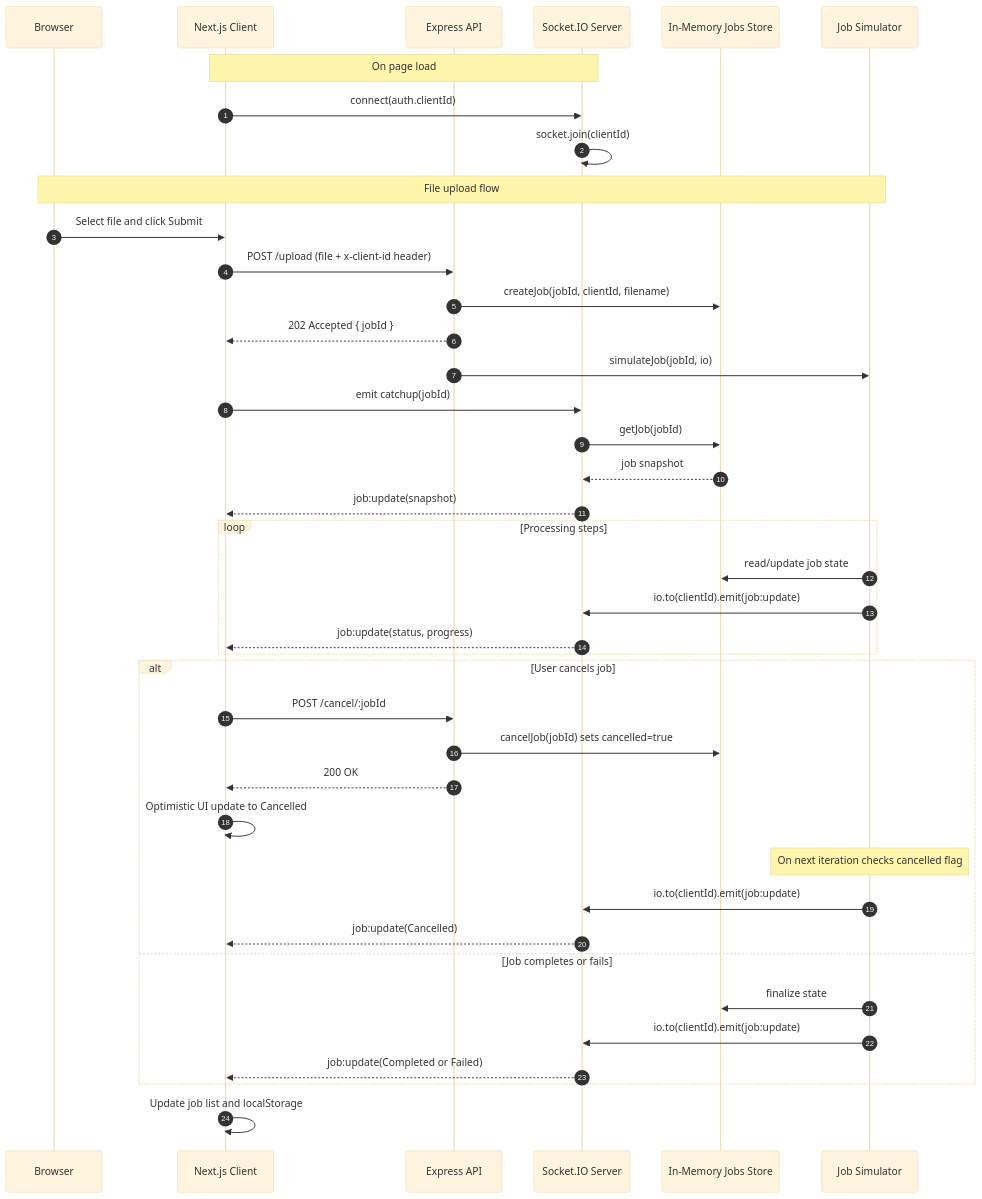
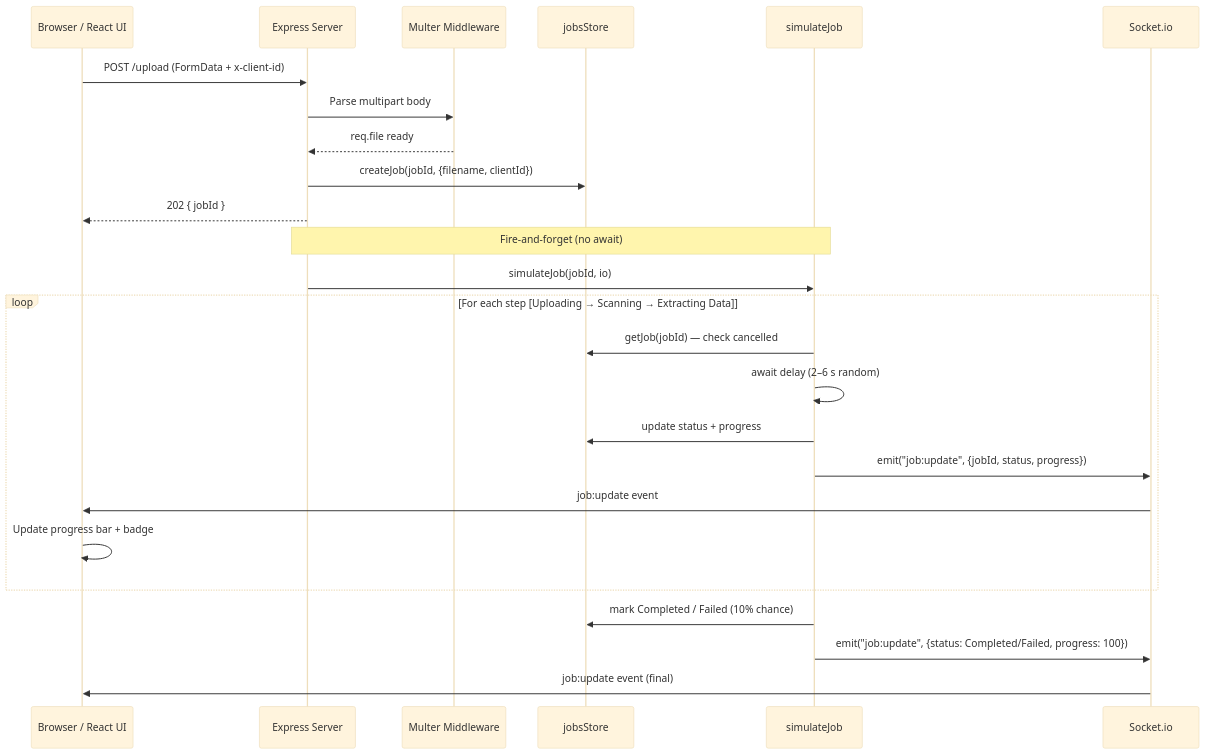
One commit to naman254/ai-bot-test changed the second of 3 diagrams in README.md. Above: the diagram before and after it, drawn with Mermaid (base theme). The commit also changed other lines of this file, not shown here.

````diff
--- a/README.md
+++ b/README.md
@@ -1,47 +62,31 @@
 ```mermaid
 sequenceDiagram
-  autonumber
-  participant B as Browser
-  participant C as Next.js Client
-  participant H as Express API
-  participant S as Socket.IO Server
-  participant M as In-Memory Jobs Store
-  participant J as Job Simulator
+    participant U as Browser / React UI
+    participant S as Express Server
+    participant M as Multer Middleware
+    participant JS as jobsStore
+    participant SJ as simulateJob
+    participant WS as Socket.io
 
-  Note over C,S: On page load
-  C->>S: connect(auth.clientId)
-  S->>S: socket.join(clientId)
+    U->>S: POST /upload (FormData + x-client-id)
+    S->>M: Parse multipart body
+    M-->>S: req.file ready
+    S->>JS: createJob(jobId, {filename, clientId})
+    S-->>U: 202 { jobId }
 
-  Note over B,J: File upload flow
-  B->>C: Select file and click Submit
-  C->>H: POST /upload (file + x-client-id header)
-  H->>M: createJob(jobId, clientId, filename)
-  H-->>C: 202 Accepted { jobId }
-  H->>J: simulateJob(jobId, io)
-  C->>S: emit catchup(jobId)
-  S->>M: getJob(jobId)
-  M-->>S: job snapshot
-  S-->>C: job:update(snapshot)
+    Note over S,SJ: Fire-and-forget (no await)
+    S->>SJ: simulateJob(jobId, io)
 
-  loop Processing steps
-    J->>M: read/update job state
-    J->>S: io.to(clientId).emit(job:update)
-    S-->>C: job:update(status, progress)
-  end
+    loop For each step [Uploading → Scanning → Extracting Data]
+        SJ->>JS: getJob(jobId) — check cancelled
+        SJ->>SJ: await delay (2–6 s random)
+        SJ->>JS: update status + progress
+        SJ->>WS: emit("job:update", {jobId, status, progress})
+        WS->>U: job:update event
+        U->>U: Update progress bar + badge
+    end
 
-  alt User cancels job
-    C->>H: POST /cancel/:jobId
-    H->>M: cancelJob(jobId) sets cancelled=true
-    H-->>C: 200 OK
-    C->>C: Optimistic UI update to Cancelled
-    Note over J: On next iteration checks cancelled flag
-    J->>S: io.to(clientId).emit(job:update)
-    S-->>C: job:update(Cancelled)
-  else Job completes or fails
-    J->>M: finalize state
-    J->>S: io.to(clientId).emit(job:update)
-    S-->>C: job:update(Completed or Failed)
-  end
-
-  C->>C: Update job list and localStorage
+    SJ->>JS: mark Completed / Failed (10% chance)
+    SJ->>WS: emit("job:update", {status: Completed/Failed, progress: 100})
+    WS->>U: job:update event (final)
 ```
````
